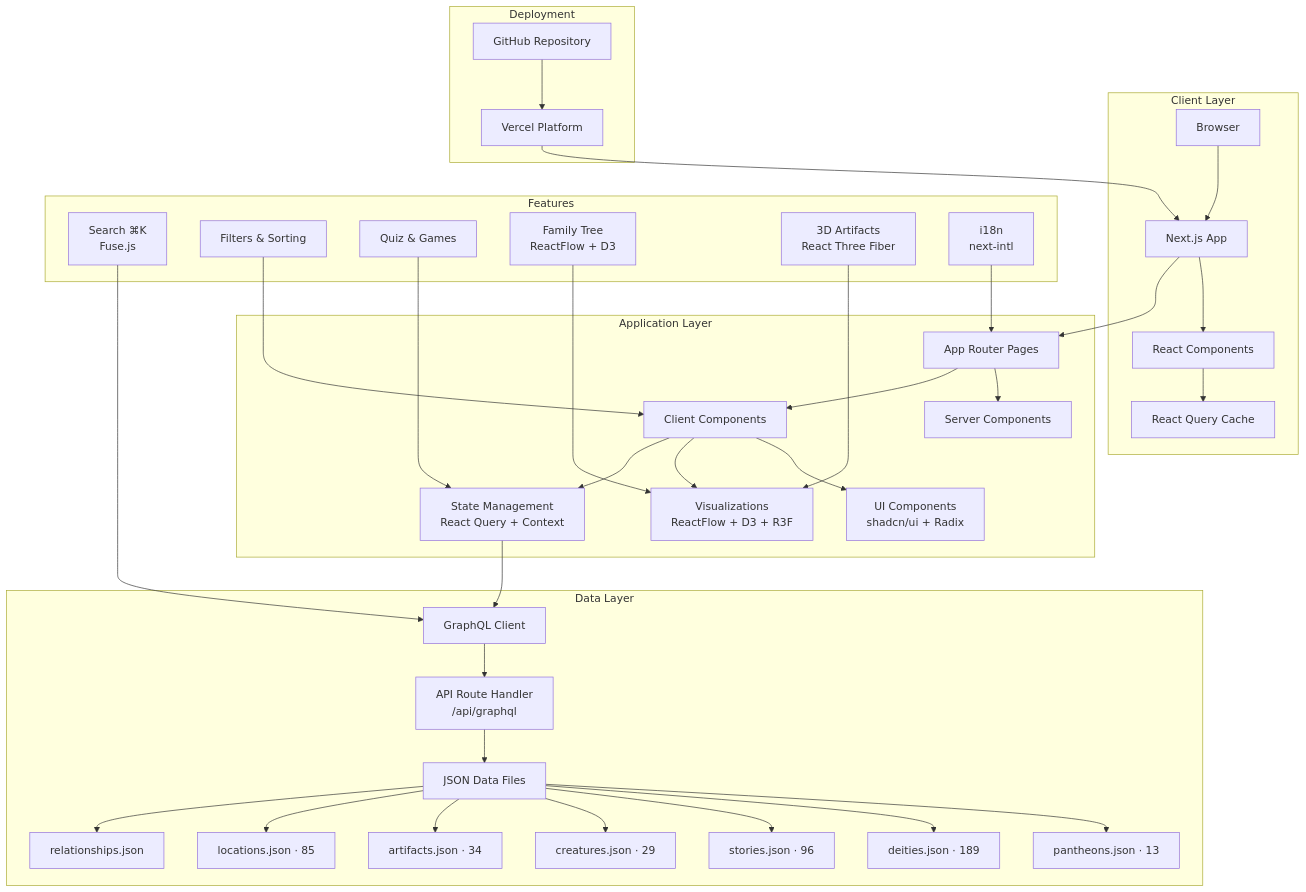
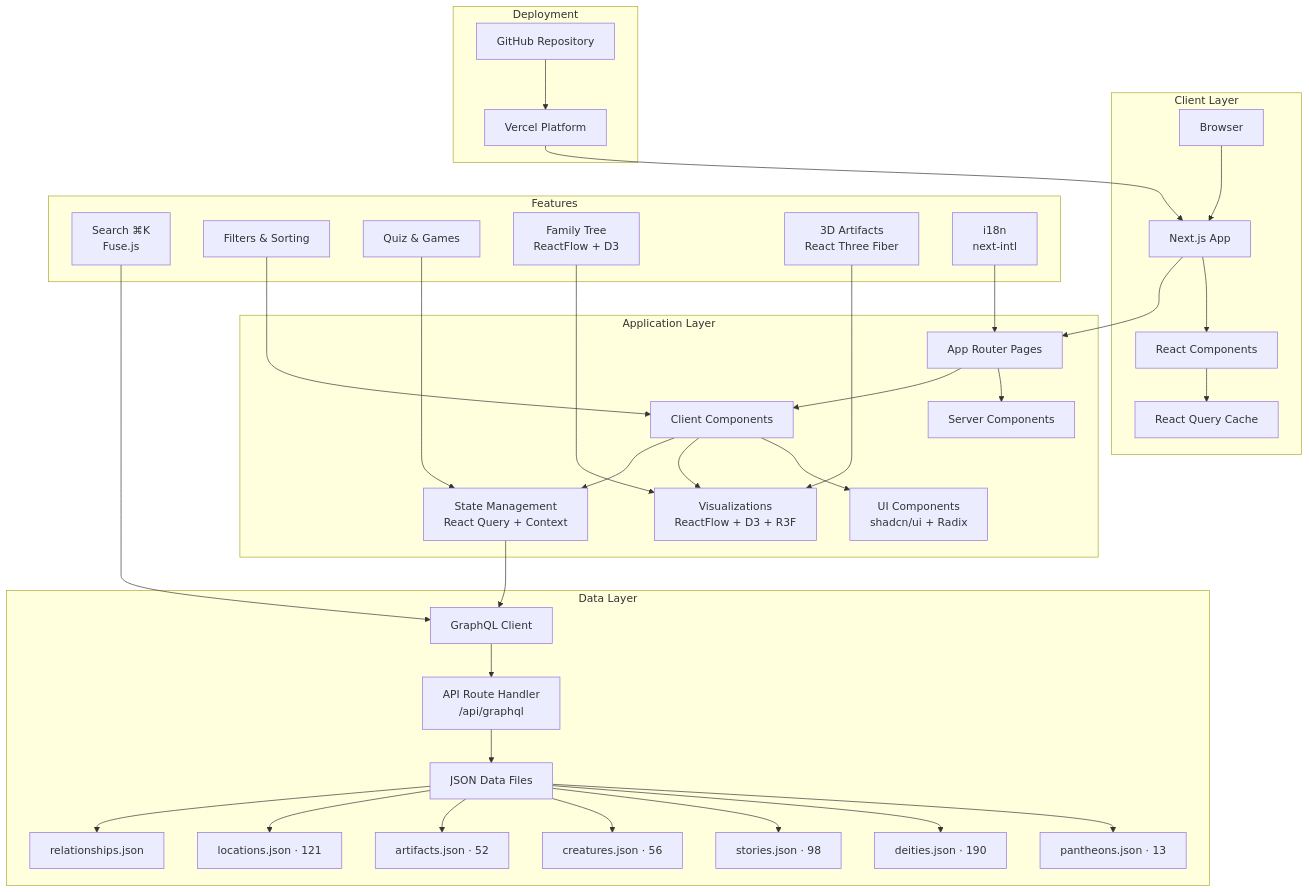
One commit to forbiddenlink/mythos changed the first of 5 diagrams in ARCHITECTURE.md. Above: the diagram before and after it, drawn with Mermaid. The commit also changed other lines of this file and 20 other files, not shown here.

````diff
--- a/ARCHITECTURE.md
+++ b/ARCHITECTURE.md
@@ -11,45 +11,45 @@
 ```mermaid
 graph TB
     subgraph "Client Layer"
         A[Browser] --> B[Next.js App]
         B --> C[React Components]
         C --> D[React Query Cache]
     end
 
     subgraph "Application Layer"
         B --> E[App Router Pages]
         E --> F[Server Components]
         E --> G[Client Components]
 
         G --> H[UI Components<br/>shadcn/ui + Radix]
         G --> I[Visualizations<br/>ReactFlow + D3 + R3F]
         G --> J[State Management<br/>React Query + Context]
     end
 
     subgraph "Data Layer"
         J --> K[GraphQL Client]
         K --> L[API Route Handler<br/>/api/graphql]
         L --> M[JSON Data Files]
         M --> N[pantheons.json · 13]
-        M --> O[deities.json · 189]
-        M --> P[stories.json · 96]
-        M --> Q[creatures.json · 29]
-        M --> R2[artifacts.json · 34]
-        M --> S2[locations.json · 85]
+        M --> O[deities.json · 190]
+        M --> P[stories.json · 98]
+        M --> Q[creatures.json · 56]
+        M --> R2[artifacts.json · 52]
+        M --> S2[locations.json · 121]
         M --> T2[relationships.json]
     end
 
     subgraph "Features"
         R[Search ⌘K<br/>Fuse.js] --> K
         S[Filters & Sorting] --> G
         T[Quiz & Games] --> J
         U[Family Tree<br/>ReactFlow + D3] --> I
         V[3D Artifacts<br/>React Three Fiber] --> I
         W[i18n<br/>next-intl] --> E
     end
 
     subgraph "Deployment"
         X[Vercel Platform] --> B
         Y[GitHub Repository] --> X
     end
 ```
````
